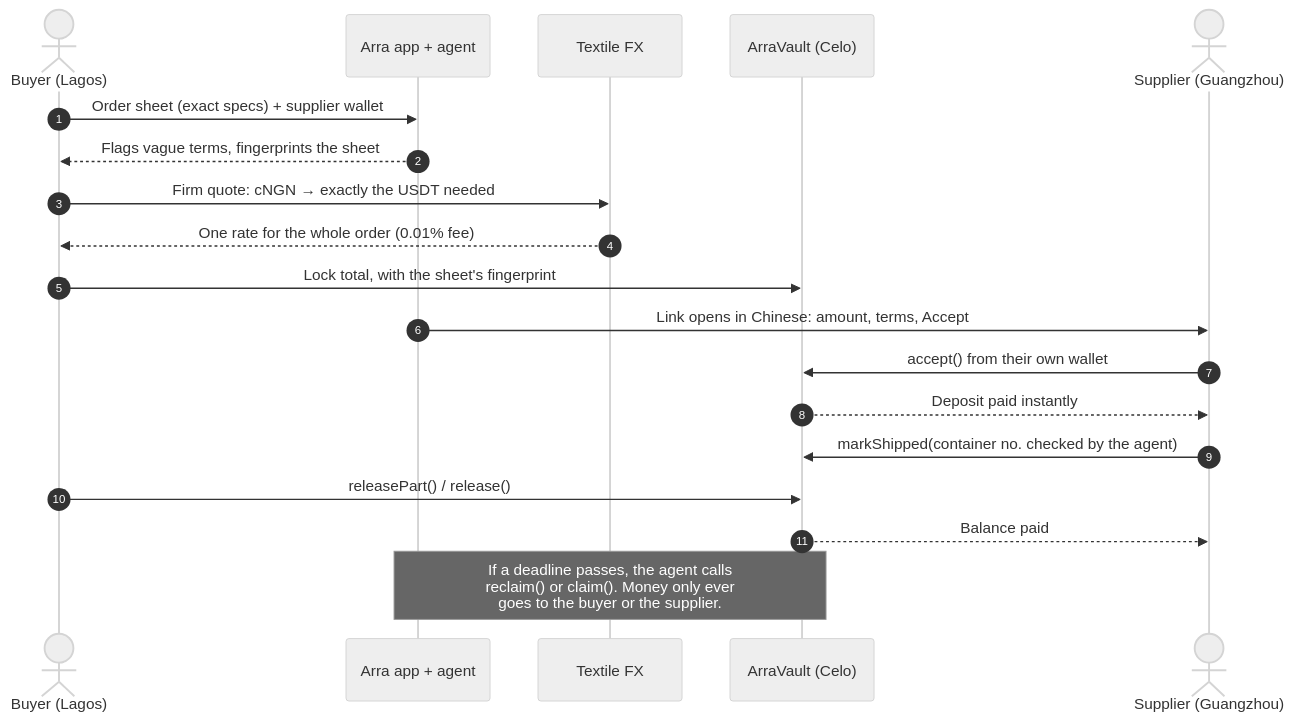
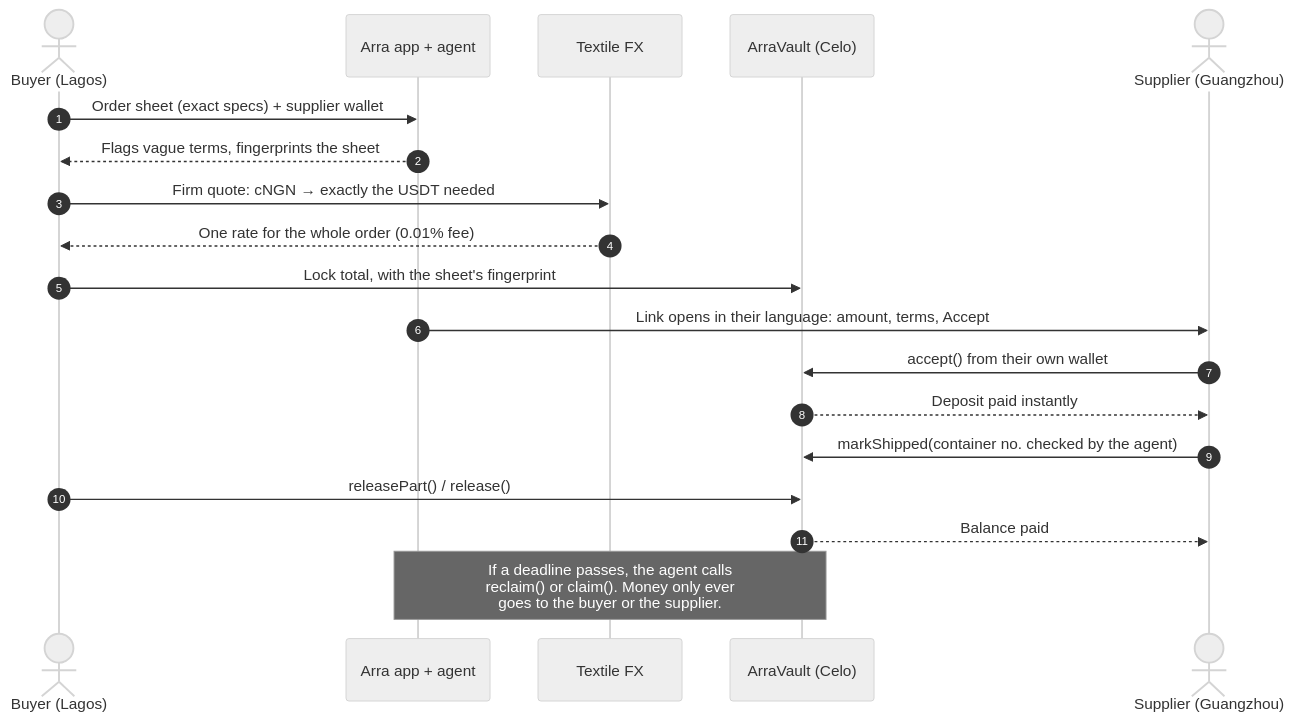
The first of 4 diagrams in README.md (phoenix-2203/arra), drawn with Mermaid (neutral theme) before and after one commit. The commit also changed other lines of this file and 2 other files, not shown here.

Commit message:
Supplier link: buyer picks the language (phone default, English or Chinese) instead of always Chinese
Claude-Session: https://claude.ai/code/session_01LoEBbiK8b51C3BVA6Ea4ui

````diff
--- a/README.md
+++ b/README.md
@@ -40,22 +40,22 @@
 ```mermaid
 sequenceDiagram
     autonumber
     actor B as Buyer (Lagos)
     participant A as Arra app + agent
     participant T as Textile FX
     participant V as ArraVault (Celo)
     actor S as Supplier (Guangzhou)
 
     B->>A: Order sheet (exact specs) + supplier wallet
     A-->>B: Flags vague terms, fingerprints the sheet
     B->>T: Firm quote: cNGN → exactly the USDT needed
     T-->>B: One rate for the whole order (0.01% fee)
     B->>V: Lock total, with the sheet's fingerprint
-    A->>S: Link opens in Chinese: amount, terms, Accept
+    A->>S: Link opens in their language: amount, terms, Accept
     S->>V: accept() from their own wallet
     V-->>S: Deposit paid instantly
     S->>V: markShipped(container no. checked by the agent)
     B->>V: releasePart() / release()
     V-->>S: Balance paid
     Note over A,V: If a deadline passes, the agent calls<br/>reclaim() or claim(). Money only ever<br/>goes to the buyer or the supplier.
 ```
````
